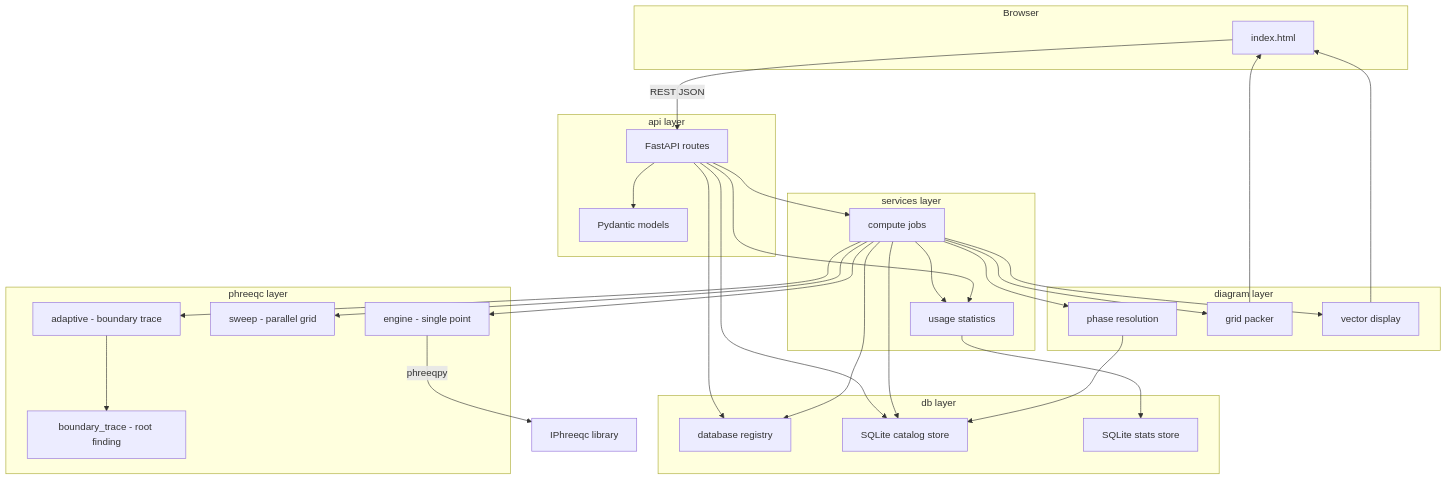
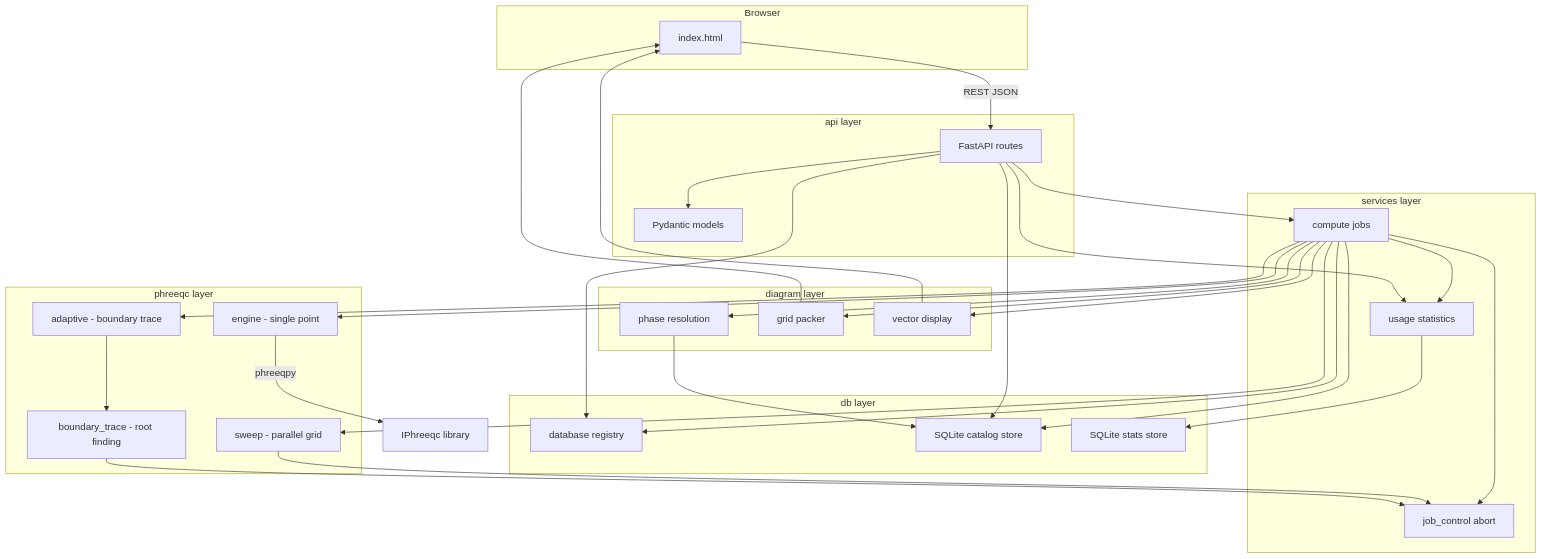
One commit to Matteo-Loche/Phaser changed the first of 2 diagrams in README.md. Above: the diagram before and after it, drawn with Mermaid. The commit also changed other lines of this file, not shown here.

````diff
--- a/README.md
+++ b/README.md
@@ -139,57 +144,61 @@
 ```mermaid
 flowchart TB
     subgraph client [Browser]
         UI[index.html]
     end
 
     subgraph api [api layer]
         Routes[FastAPI routes]
         Models[Pydantic models]
     end
 
     subgraph services [services layer]
         Compute[compute jobs]
+        JobCtl[job_control abort]
         StatsSvc[usage statistics]
     end
 
     subgraph db_layer [db layer]
         Registry[database registry]
         Catalog[SQLite catalog store]
         StatsStore[SQLite stats store]
     end
 
     subgraph solver [phreeqc layer]
         Engine["engine - single point"]
         Sweep["sweep - parallel grid"]
         Adaptive["adaptive - boundary trace"]
         Trace["boundary_trace - root finding"]
     end
 
     subgraph diagram_layer [diagram layer]
         Phases[phase resolution]
         Packer[grid packer]
         Vectors[vector display]
     end
 
     UI -->|REST JSON| Routes
     Routes --> Models
     Routes --> Compute
     Routes --> Registry
     Routes --> Catalog
+    Compute --> JobCtl
     Compute --> Registry
     Compute --> Phases
     Compute --> Engine
     Compute --> Sweep
     Compute --> Adaptive
     Adaptive --> Trace
+    Sweep --> JobCtl
+    Trace --> JobCtl
     Compute --> Packer
     Compute --> Vectors
     Compute --> Catalog
     Compute --> StatsSvc
     StatsSvc --> StatsStore
     Routes --> StatsSvc
     Phases --> Catalog
     Engine -->|phreeqpy| IPhreeqc[IPhreeqc library]
     Packer --> UI
     Vectors --> UI
 ```
````
